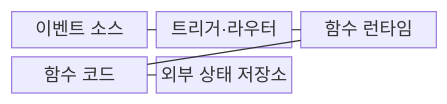
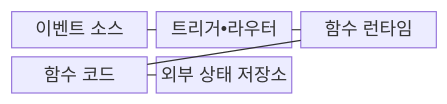
One commit to agnusdei1207/knowledge-base changed the first of 2 diagrams in src/content/docs/notes/08-latest-tech/161_function_as_a_service.md. Above: the diagram before and after it, drawn with Mermaid. The commit also changed other lines of this file and 953 other files, not shown here.

````diff
--- a/src/content/docs/notes/08-latest-tech/161_function_as_a_service.md
+++ b/src/content/docs/notes/08-latest-tech/161_function_as_a_service.md
@@ -70,13 +70,13 @@
 ```mermaid
 block-beta
   columns 3
   source["이벤트 소스"]
-  trigger["트리거·라우터"]
+  trigger["트리거•라우터"]
   runtime["함수 런타임"]
   function["함수 코드"]
   state["외부 상태 저장소"]
   source --- trigger
   trigger --- runtime
   runtime --- function
   function --- state
 ```
````
